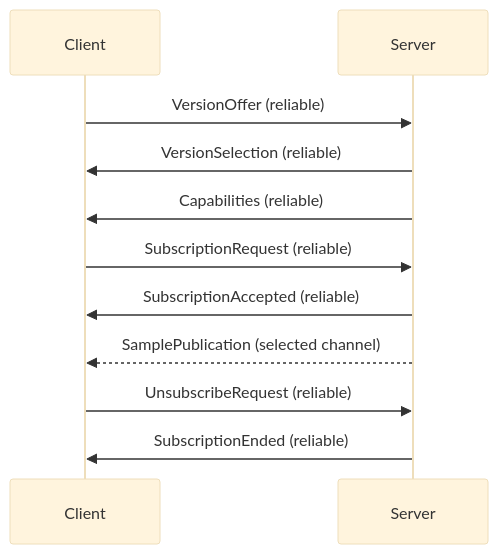
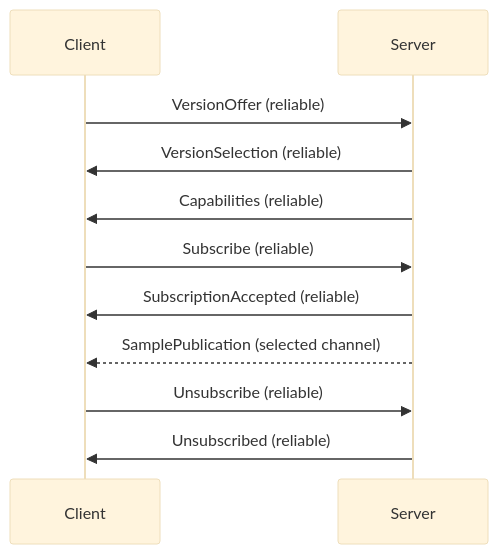
The diagram in protocol/overview.md (mickvangelderen/teleoperator), drawn with Mermaid (base theme) before and after one commit. The commit also changed other lines of this file and 48 other files, not shown here.

````diff
--- a/protocol/overview.md
+++ b/protocol/overview.md
@@ -27,13 +27,13 @@
 ```mermaid
 sequenceDiagram
     participant C as Client
     participant S as Server
     C->>S: VersionOffer (reliable)
     S->>C: VersionSelection (reliable)
     S->>C: Capabilities (reliable)
-    C->>S: SubscriptionRequest (reliable)
+    C->>S: Subscribe (reliable)
     S->>C: SubscriptionAccepted (reliable)
     S-->>C: SamplePublication (selected channel)
-    C->>S: UnsubscribeRequest (reliable)
-    S->>C: SubscriptionEnded (reliable)
+    C->>S: Unsubscribe (reliable)
+    S->>C: Unsubscribed (reliable)
 ```
````
